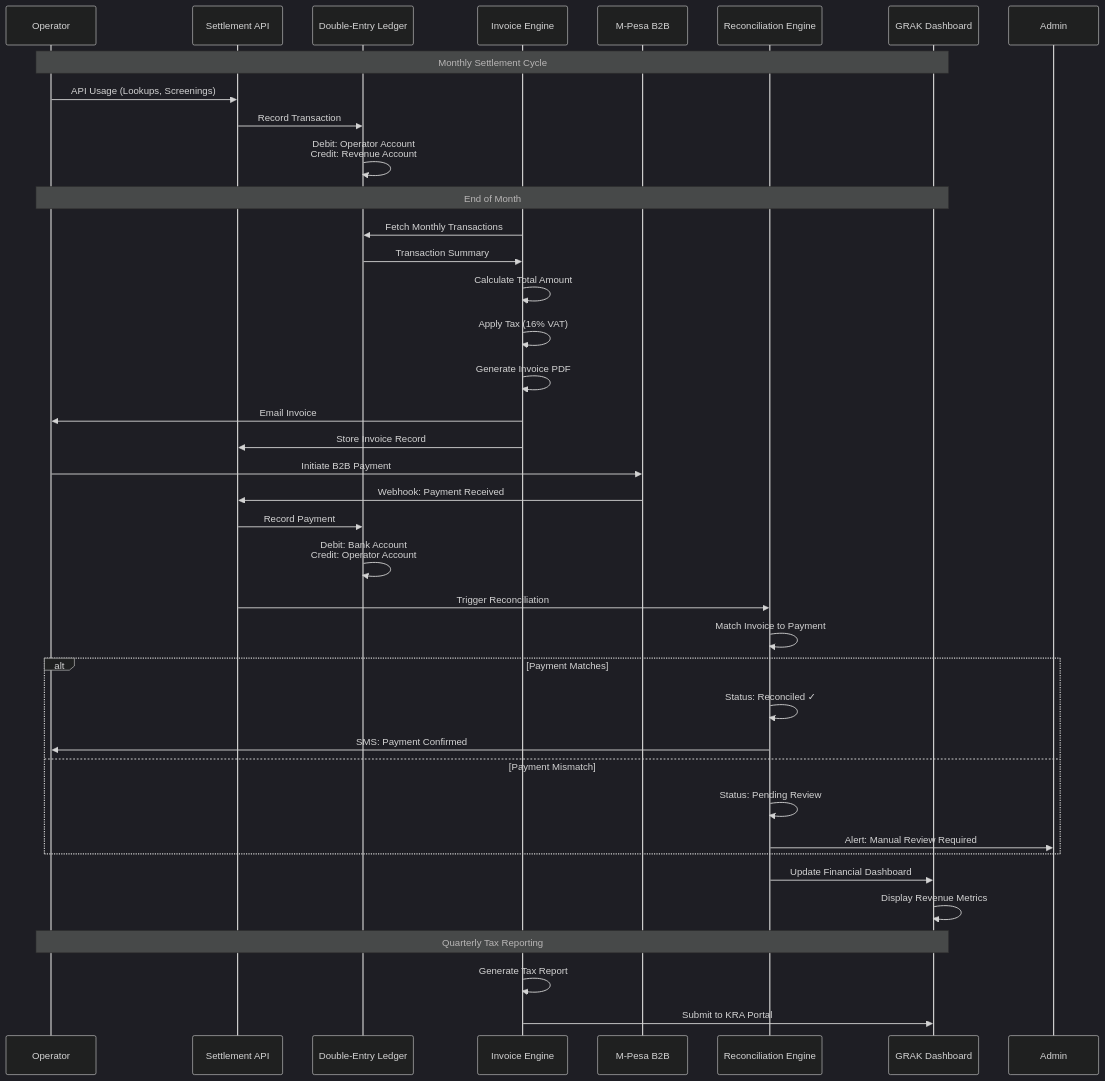
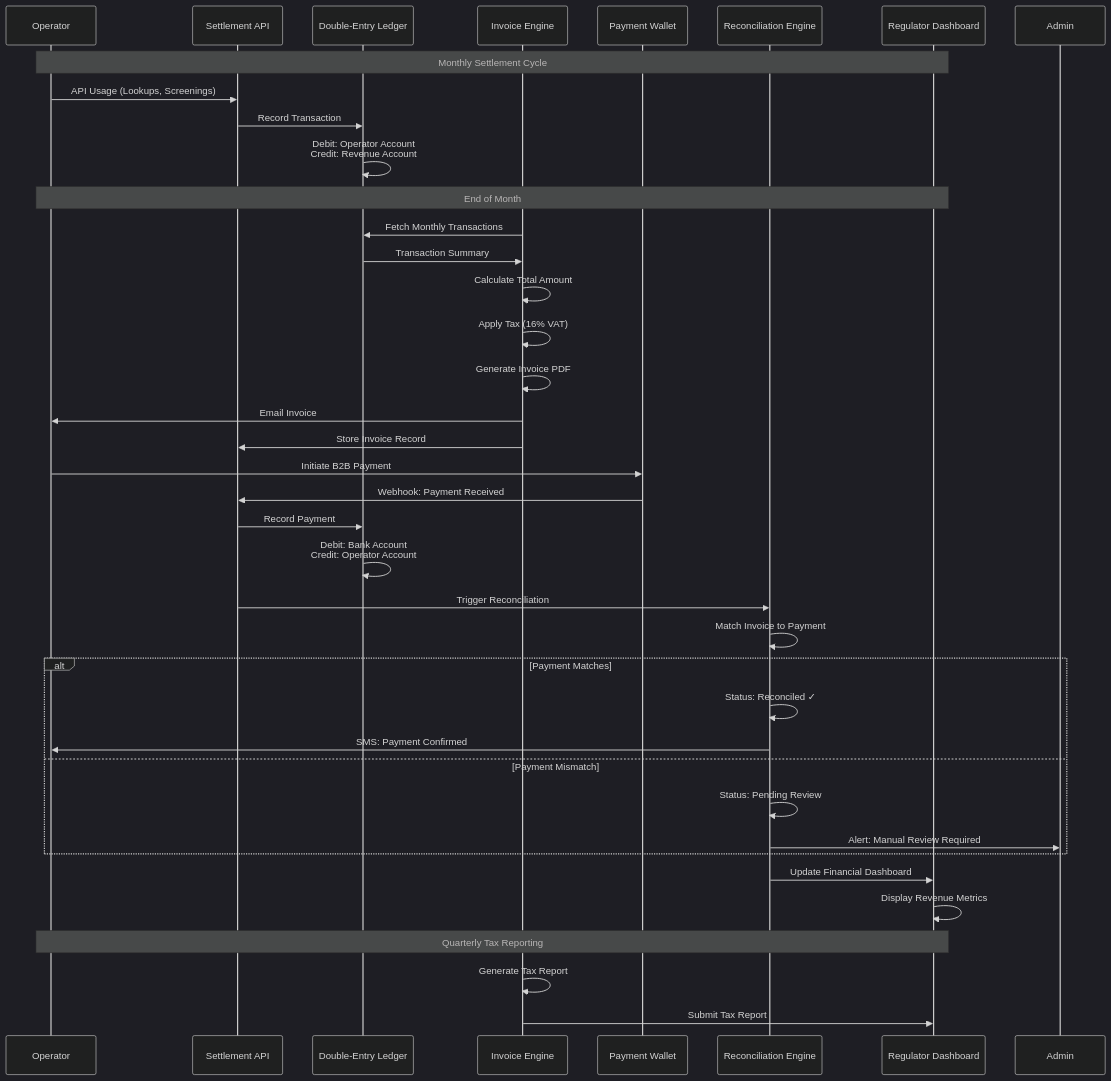
One commit to tomojanga/Bematore-NSER-RG changed the sixth of 8 diagrams in backend/docs/architecture/use-cases-diagram.md. Above: the diagram before and after it, drawn with Mermaid (dark theme). The commit also changed other lines of this file and 4 other files, not shown here.

````diff
--- a/backend/docs/architecture/use-cases-diagram.md
+++ b/backend/docs/architecture/use-cases-diagram.md
@@ -429,51 +429,51 @@
 ```mermaid
 sequenceDiagram
     participant Operator
     participant API as Settlement API
     participant Ledger as Double-Entry Ledger
     participant Invoice as Invoice Engine
-    participant MPesa as M-Pesa B2B
+    participant Wallet as Payment Wallet
     participant Recon as Reconciliation Engine
-    participant GRAK as GRAK Dashboard
+    participant Regulator as Regulator Dashboard
     
-    Note over Operator,GRAK: Monthly Settlement Cycle
+    Note over Operator,Regulator: Monthly Settlement Cycle
     
     Operator->>API: API Usage (Lookups, Screenings)
     API->>Ledger: Record Transaction
     Ledger->>Ledger: Debit: Operator Account<br/>Credit: Revenue Account
     
-    Note over Operator,GRAK: End of Month
+    Note over Operator,Regulator: End of Month
     
     Invoice->>Ledger: Fetch Monthly Transactions
     Ledger->>Invoice: Transaction Summary
     Invoice->>Invoice: Calculate Total Amount
     Invoice->>Invoice: Apply Tax (16% VAT)
     Invoice->>Invoice: Generate Invoice PDF
     
     Invoice->>Operator: Email Invoice
     Invoice->>API: Store Invoice Record
     
-    Operator->>MPesa: Initiate B2B Payment
-    MPesa->>API: Webhook: Payment Received
+    Operator->>Wallet: Initiate B2B Payment
+    Wallet->>API: Webhook: Payment Received
     API->>Ledger: Record Payment
     Ledger->>Ledger: Debit: Bank Account<br/>Credit: Operator Account
     
     API->>Recon: Trigger Reconciliation
     Recon->>Recon: Match Invoice to Payment
     
     alt Payment Matches
         Recon->>Recon: Status: Reconciled ✓
         Recon->>Operator: SMS: Payment Confirmed
     else Payment Mismatch
         Recon->>Recon: Status: Pending Review
         Recon->>Admin: Alert: Manual Review Required
     end
     
-    Recon->>GRAK: Update Financial Dashboard
-    GRAK->>GRAK: Display Revenue Metrics
+    Recon->>Regulator: Update Financial Dashboard
+    Regulator->>Regulator: Display Revenue Metrics
     
-    Note over Operator,GRAK: Quarterly Tax Reporting
+    Note over Operator,Regulator: Quarterly Tax Reporting
     
     Invoice->>Invoice: Generate Tax Report
-    Invoice->>GRAK: Submit to KRA Portal
+    Invoice->>Regulator: Submit Tax Report
 ```
````
